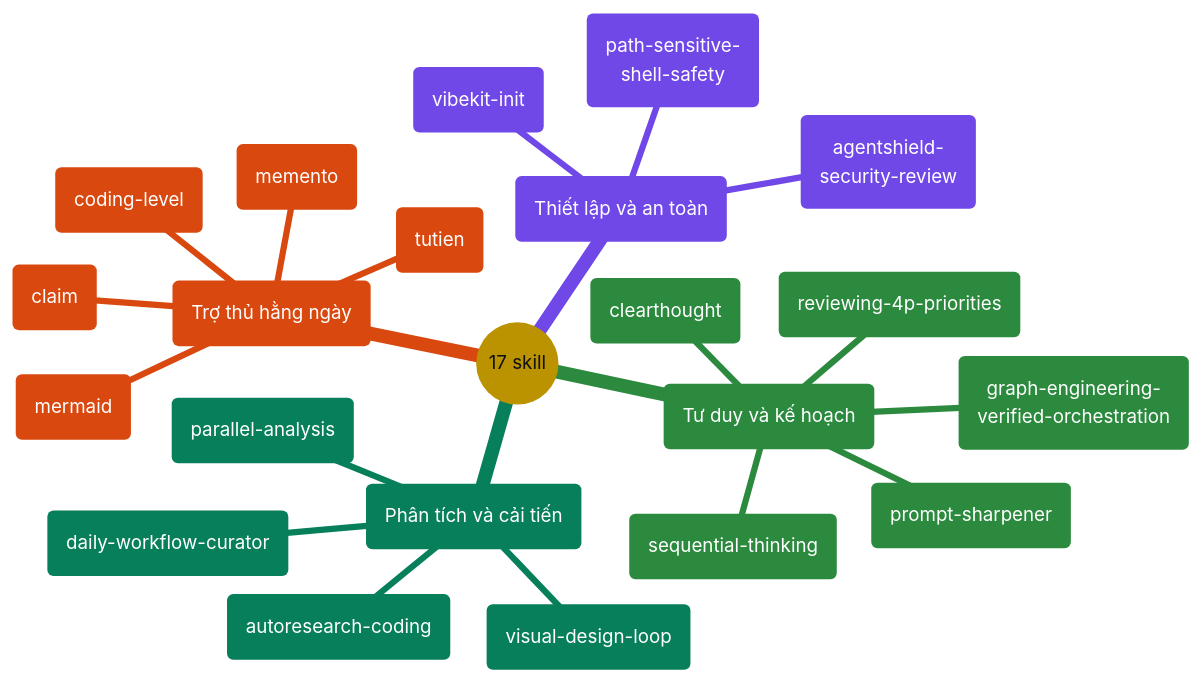
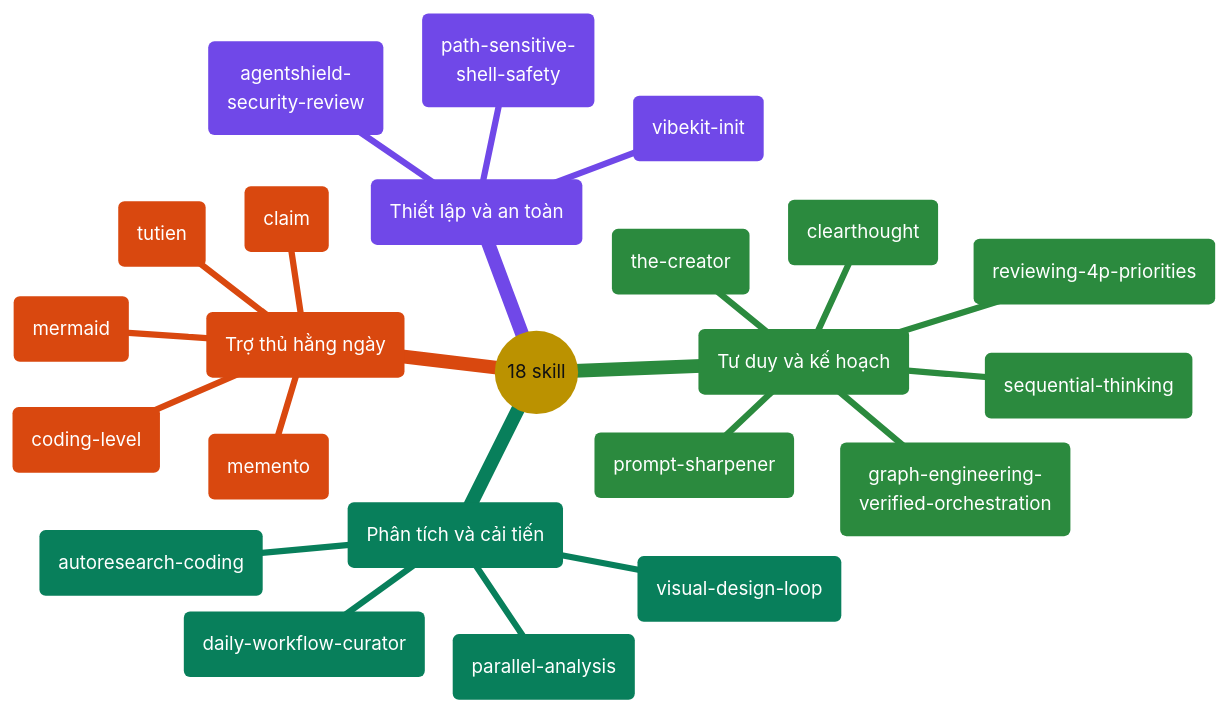
The fifth of 8 diagrams in docs/README.vi.md (giang6283623/minimal-vibe-coding-kit), drawn with Mermaid before and after one commit. The commit also changed other lines of this file and 46 other files, not shown here.

Commit message:
feat(release): 0.5.4 creator and ASCII 3D graph

````diff
--- a/docs/README.vi.md
+++ b/docs/README.vi.md
@@ -346,58 +346,59 @@
 ```mermaid
 ---
 config:
   theme: base
   themeCSS: >-
     .mindmap-node:not(.section-root):not(.section--1) text,
     .mindmap-node:not(.section-root):not(.section--1) tspan
     { fill: #FFFFFF !important; }
     .mindmap-node:not(.section-root):not(.section--1) div,
     .mindmap-node:not(.section-root):not(.section--1) span,
     .mindmap-node:not(.section-root):not(.section--1) p
     { color: #FFFFFF !important; }
   themeVariables:
     darkMode: false
     fontFamily: cascadia mono, consolas, noto sans mono, menlo, monospace
     fontSize: 15px
     lineColor: "#888888"
     textColor: "#111111"
     primaryColor: "#FFD43B"
     primaryTextColor: "#111111"
     primaryBorderColor: "#444444"
     cScale0: "#1971C2"
     cScale1: "#7048E8"
     cScale2: "#2B8A3E"
     cScale3: "#087F5B"
     cScale4: "#D9480F"
     cScale5: "#C2255C"
     cScaleLabel0: "#FFFFFF"
     cScaleLabel1: "#FFFFFF"
     cScaleLabel2: "#FFFFFF"
     cScaleLabel3: "#FFFFFF"
     cScaleLabel4: "#FFFFFF"
     cScaleLabel5: "#FFFFFF"
 ---
 mindmap
-  root(("17 skill"))
+  root(("18 skill"))
     setup("Thiết lập và an toàn")
       s1("vibekit-init")
       s2("agentshield-<br/>security-review")
       s3("path-sensitive-<br/>shell-safety")
     think("Tư duy và kế hoạch")
       t1("clearthought")
       t2("sequential-thinking")
       t3("prompt-sharpener")
       t4("reviewing-4p-priorities")
       t5("graph-engineering-<br/>verified-orchestration")
+      t6("the-creator")
     analyze("Phân tích và cải tiến")
       a1("parallel-analysis")
       a2("autoresearch-coding")
       a3("daily-workflow-curator")
       a4("visual-design-loop")
     helpers("Trợ thủ hằng ngày")
       h1("memento")
       h2("coding-level")
       h3("mermaid")
       h4("claim")
       h5("tutien")
 ```
````
